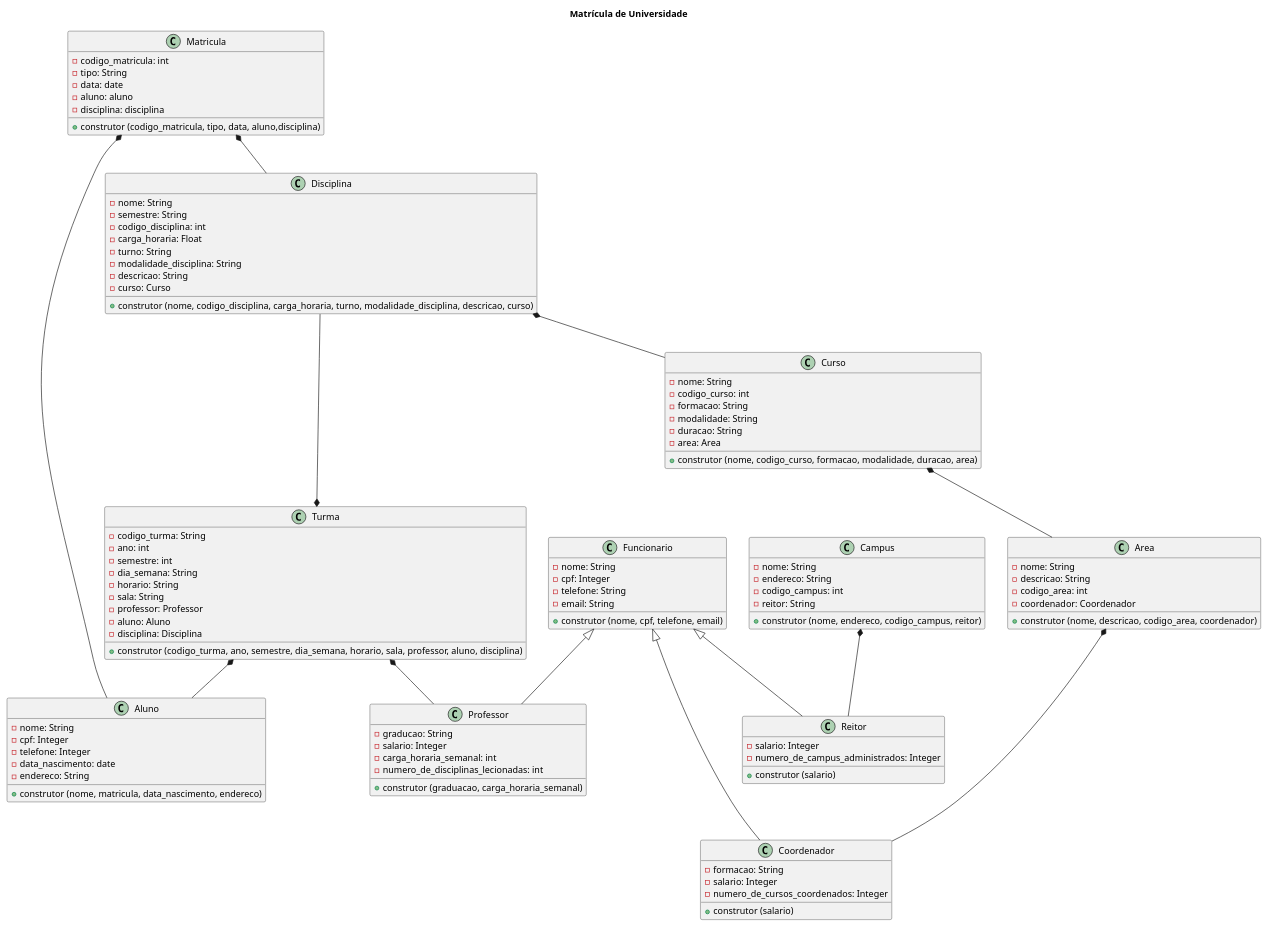
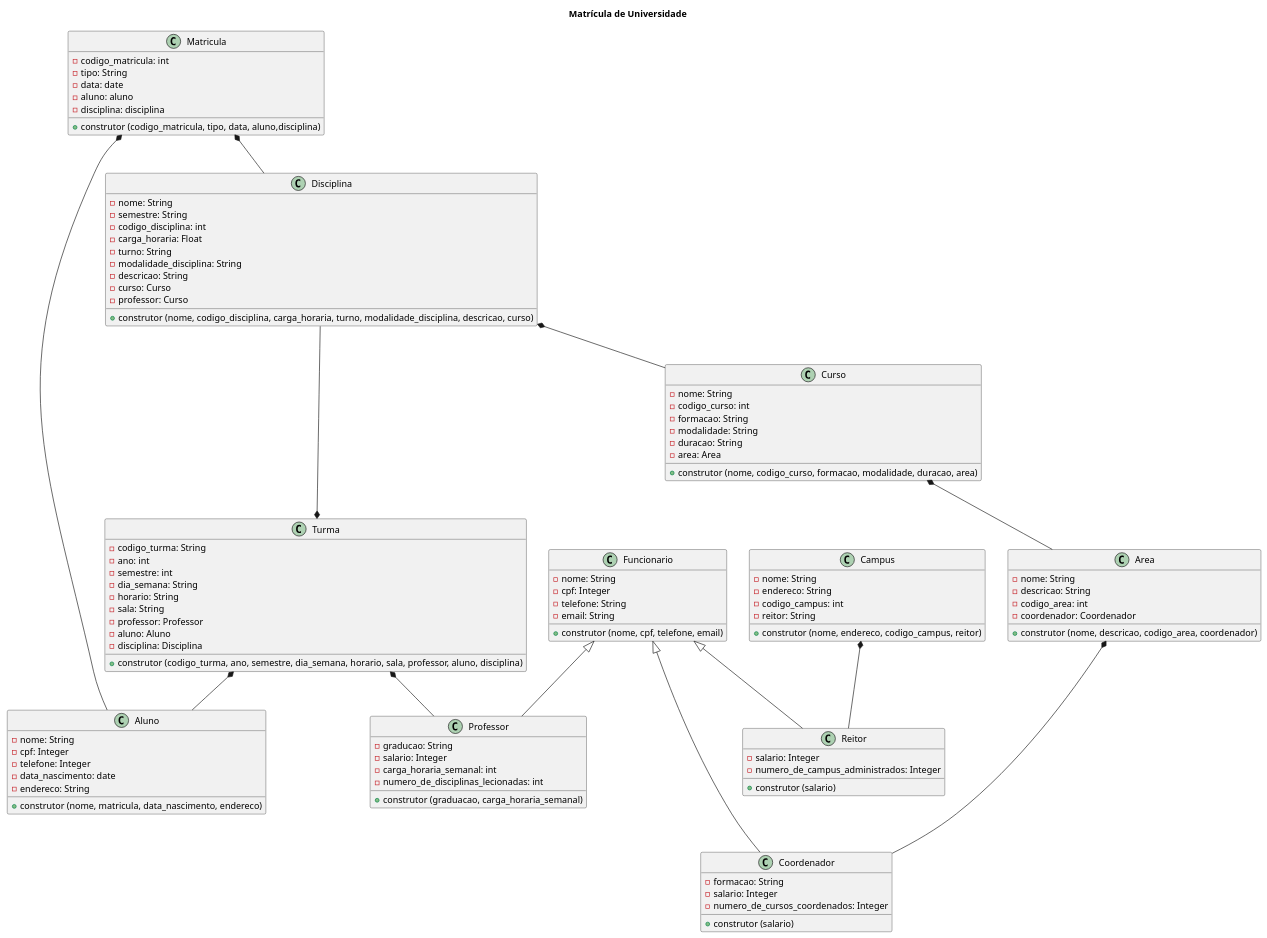
Before and after one commit to anleaes/2022-1-N2-POO-05: the diagram in diagrama.plantuml, drawn with PlantUML. The commit also changed 15 other files, not shown here.

```diff
--- a/diagrama.plantuml
+++ b/diagrama.plantuml
@@ -1,117 +1,118 @@
 @startuml universidade
 
 title Matrícula de Universidade
 
 class Aluno{
     - nome: String
     - cpf: Integer
     - telefone: Integer
     - data_nascimento: date
     - endereco: String
     + construtor (nome, matricula, data_nascimento, endereco)
 }
 
 class Funcionario{
     - nome: String
     - cpf: Integer
     - telefone: String
     - email: String
     + construtor (nome, cpf, telefone, email)
 }
 
 class Professor{
     - graducao: String
     - salario: Integer
     - carga_horaria_semanal: int
     - numero_de_disciplinas_lecionadas: int
     + construtor (graduacao, carga_horaria_semanal)
 }
 
 class Coordenador{
     - formacao: String
     - salario: Integer
     - numero_de_cursos_coordenados: Integer
     + construtor (salario)
 }
 
 class Reitor{
     - salario: Integer
     - numero_de_campus_administrados: Integer
     + construtor (salario)
 }
 
 class Turma{
     - codigo_turma: String
     - ano: int
     - semestre: int
     - dia_semana: String
     - horario: String
     - sala: String
     - professor: Professor
     - aluno: Aluno
     - disciplina: Disciplina
     + construtor (codigo_turma, ano, semestre, dia_semana, horario, sala, professor, aluno, disciplina)
 }
 
 class Matricula{
     - codigo_matricula: int
     - tipo: String
     - data: date
     - aluno: aluno
     - disciplina: disciplina
     + construtor (codigo_matricula, tipo, data, aluno,disciplina)
 }
 
 
 class Disciplina{
     - nome: String
     - semestre: String
     - codigo_disciplina: int
     - carga_horaria: Float
     - turno: String
     - modalidade_disciplina: String
     - descricao: String
     - curso: Curso
+    - professor: Curso
     + construtor (nome, codigo_disciplina, carga_horaria, turno, modalidade_disciplina, descricao, curso)
 }
 
 class Curso{
     - nome: String  
     - codigo_curso: int
     - formacao: String
     - modalidade: String
     - duracao: String
     - area: Area
     + construtor (nome, codigo_curso, formacao, modalidade, duracao, area)
 }
 
 class Area{
     - nome: String
     - descricao: String
     - codigo_area: int
     - coordenador: Coordenador
     + construtor (nome, descricao, codigo_area, coordenador)
 }
 
 class Campus{
     - nome: String
     - endereco: String
     - codigo_campus: int
     - reitor: String
     + construtor (nome, endereco, codigo_campus, reitor)
 }
 
 Funcionario <|-- Professor
 Funcionario <|-- Coordenador
 Funcionario <|-- Reitor
 Turma *-- Aluno
 Turma *-- Professor
 Turma *---up Disciplina
 Campus *-- Reitor
 Disciplina *-- Curso
 Curso *-- Area
 Area *--- Coordenador
 Matricula *-- Aluno
 Matricula *-- Disciplina
 
 @enduml
```
